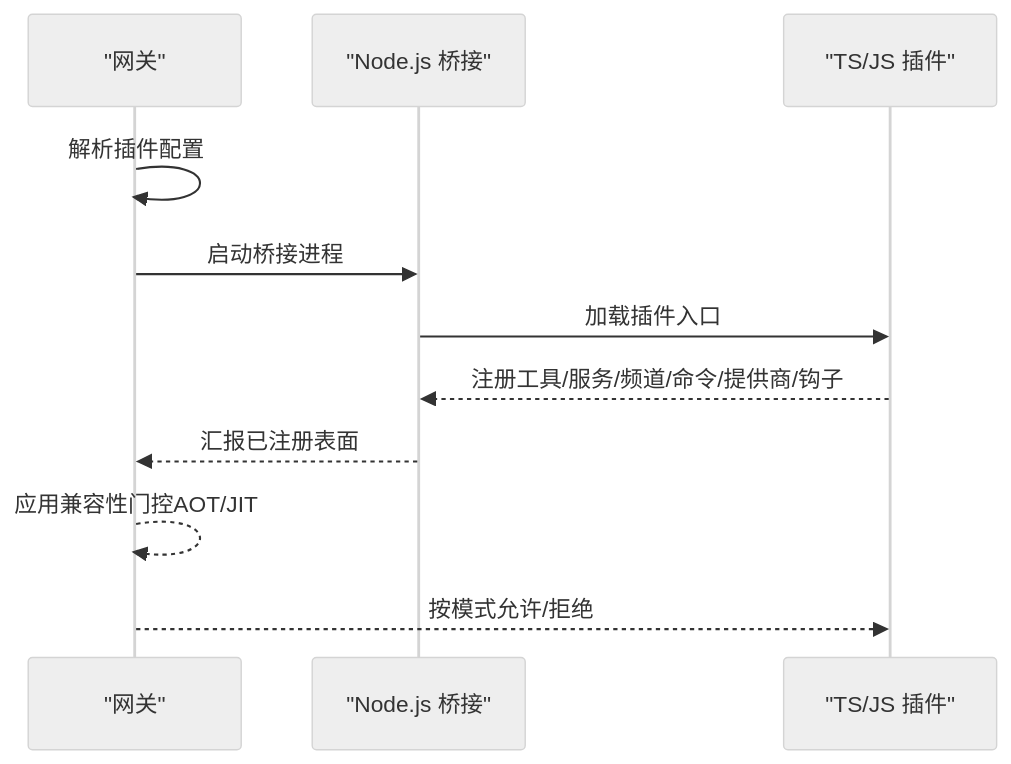
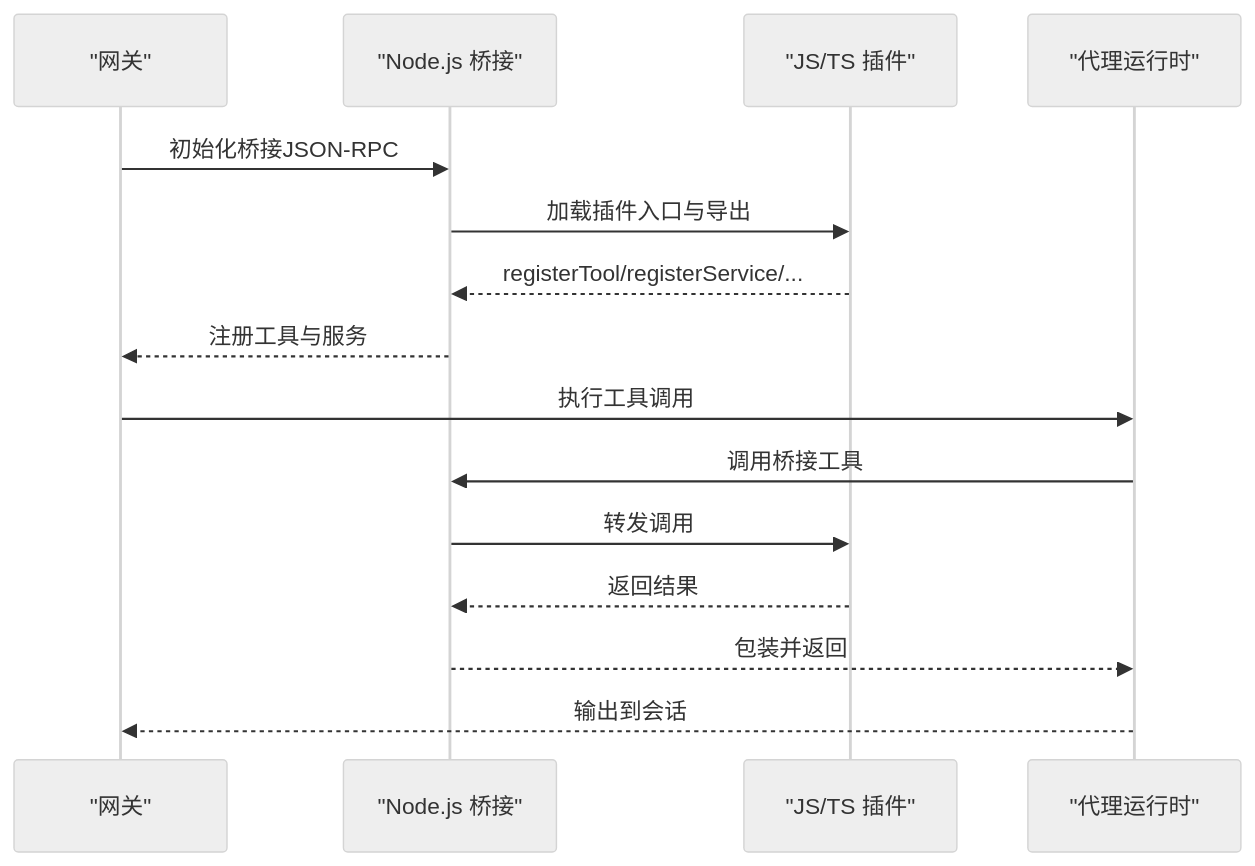
The fifth of 7 diagrams in .qoder/repowiki/zh/content/项目概述/项目概述.md (wayyet/kingcrab), drawn with Mermaid (neutral theme) before and after one commit. The commit also changed other lines of this file and 173 other files, not shown here.

````diff
--- a/.qoder/repowiki/zh/content/项目概述/项目概述.md
+++ b/.qoder/repowiki/zh/content/项目概述/项目概述.md
@@ -203,13 +247,17 @@
 ```mermaid
 sequenceDiagram
 participant GW as "网关"
-participant Bridge as "Node.js 桥接"
-participant Plugin as "TS/JS 插件"
-GW->>GW : 解析插件配置
-GW->>Bridge : 启动桥接进程
-Bridge->>Plugin : 加载插件入口
-Plugin-->>Bridge : 注册工具/服务/频道/命令/提供商/钩子
-Bridge-->>GW : 汇报已注册表面
-GW-->>GW : 应用兼容性门控AOT/JIT
-GW-->>Plugin : 按模式允许/拒绝
+participant BR as "Node.js 桥接"
+participant PL as "JS/TS 插件"
+participant RT as "代理运行时"
+GW->>BR : 初始化桥接JSON-RPC
+BR->>PL : 加载插件入口与导出
+PL-->>BR : registerTool/registerService/...
+BR-->>GW : 注册工具与服务
+GW->>RT : 执行工具调用
+RT->>BR : 调用桥接工具
+BR->>PL : 转发调用
+PL-->>BR : 返回结果
+BR-->>RT : 包装并返回
+RT-->>GW : 输出到会话
 ```
````
